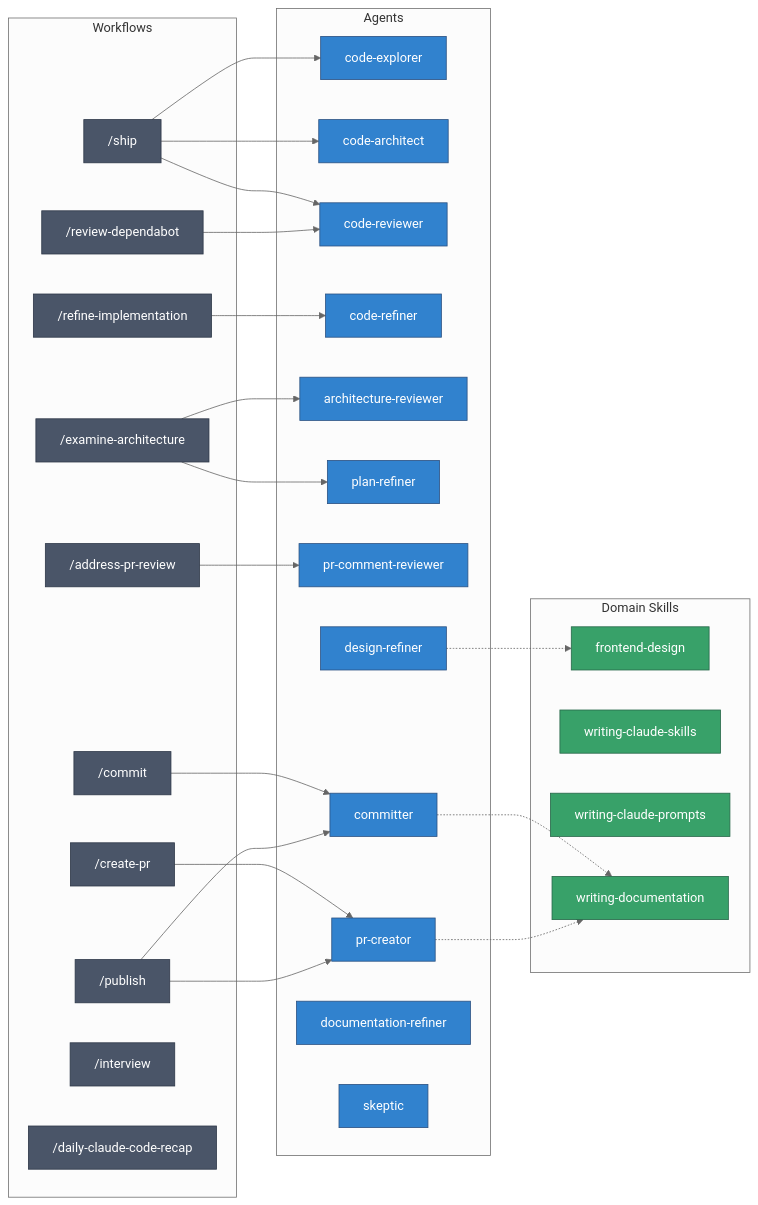
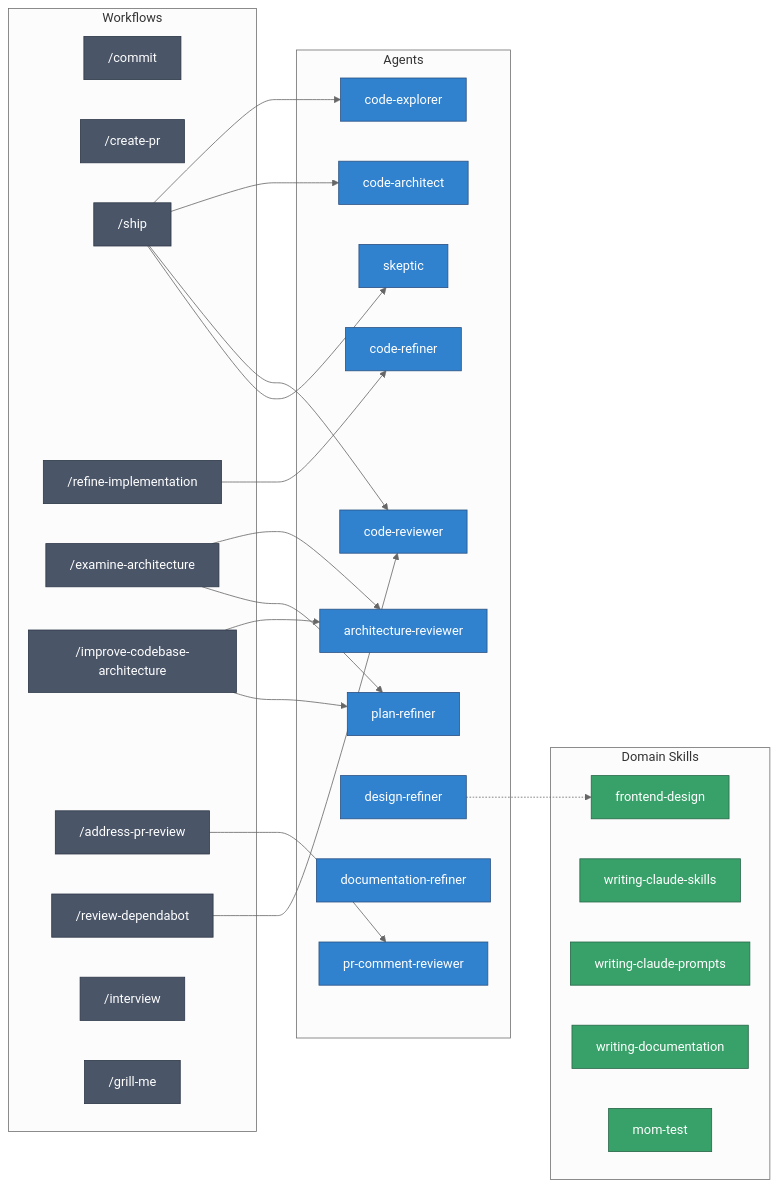
One commit to stephendolan/dotfiles changed the diagram in ai/README.md. Above: the diagram before and after it, drawn with Mermaid (neutral theme). The commit also changed other lines of this file and 10 other files, not shown here.

````diff
--- a/ai/README.md
+++ b/ai/README.md
@@ -54,58 +54,53 @@
 ```mermaid
 flowchart LR
     subgraph Workflows
         cm["/commit"]
         cpr["/create-pr"]
-        fd["/ship"]
+        sh["/ship"]
         ri["/refine-implementation"]
         ea["/examine-architecture"]
+        ica["/improve-codebase-architecture"]
         apr["/address-pr-review"]
         rd["/review-dependabot"]
-        pub["/publish"]
         int["/interview"]
-        dcr["/daily-claude-code-recap"]
+        gm["/grill-me"]
     end
 
     subgraph Agents
         ce["code-explorer"]
         ca["code-architect"]
         cr["code-reviewer"]
         cf["code-refiner"]
         ar["architecture-reviewer"]
         pr["plan-refiner"]
         pcr["pr-comment-reviewer"]
-        com["committer"]
-        prc["pr-creator"]
         dr["design-refiner"]
         docr["documentation-refiner"]
         sk["skeptic"]
     end
 
     subgraph Domain Skills
         fdd["frontend-design"]
         wcs["writing-claude-skills"]
         wcp["writing-claude-prompts"]
         wdoc["writing-documentation"]
+        mt["mom-test"]
     end
 
-    cm --> com
-    cpr --> prc
-    fd --> ce & ca & cr
+    sh --> ce & ca & cr & sk
     ri --> cf
     ea --> ar & pr
+    ica --> ar & pr
     apr --> pcr
     rd --> cr
-    pub --> com & prc
 
-    com -.-> wdoc
-    prc -.-> wdoc
     dr -.-> fdd
 
     classDef workflow fill:#4a5568,stroke:#2d3748,color:#fff
     classDef agent fill:#3182ce,stroke:#2c5282,color:#fff
     classDef skill fill:#38a169,stroke:#276749,color:#fff
 
-    class cm,cpr,fd,ri,ea,apr,rd,pub,int,dcr workflow
-    class ce,ca,cr,cf,ar,pr,pcr,com,prc,dr,docr,sk agent
-    class fdd,wcs,wcp,wdoc skill
+    class cm,cpr,sh,ri,ea,ica,apr,rd,int,gm workflow
+    class ce,ca,cr,cf,ar,pr,pcr,dr,docr,sk agent
+    class fdd,wcs,wcp,wdoc,mt skill
 ```
````
